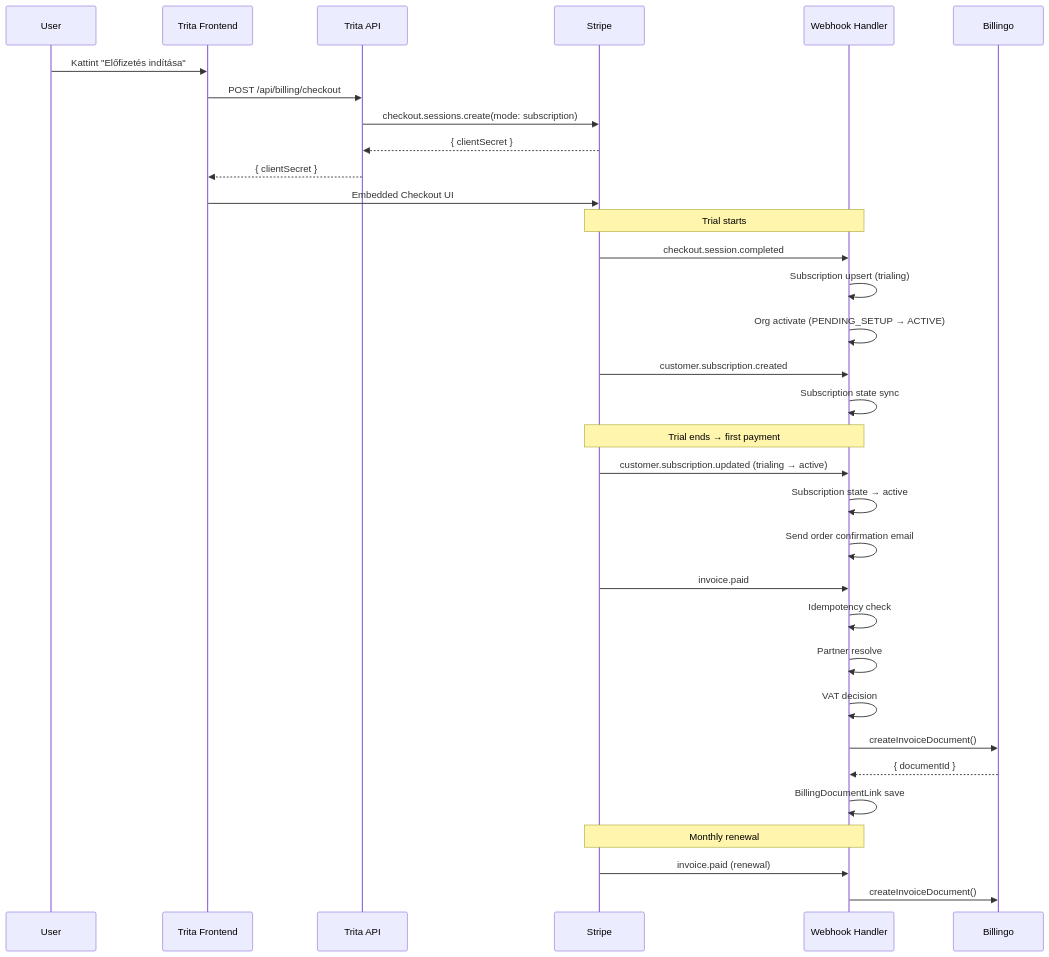
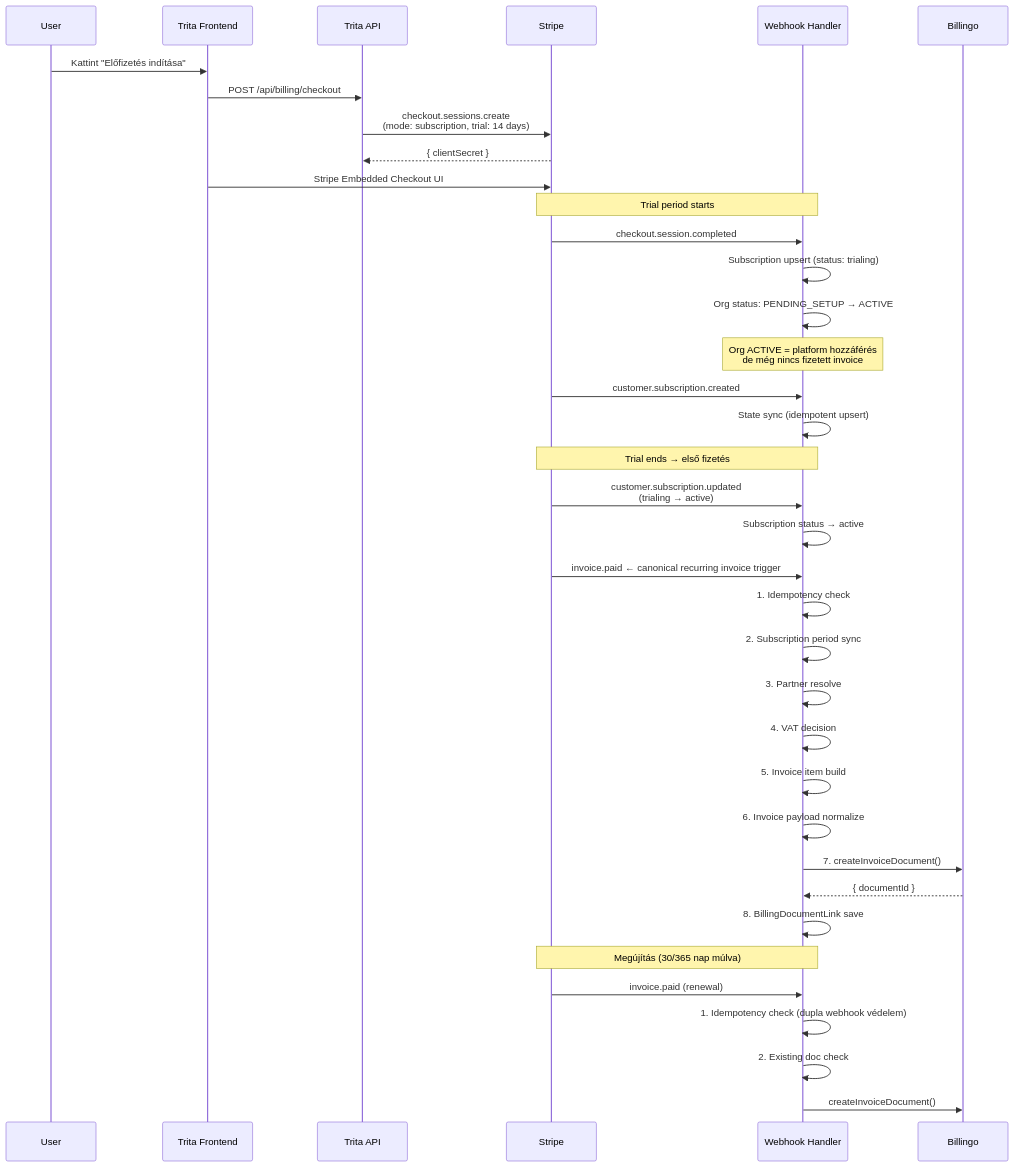
One commit to oknilik/trita_core changed the third of 8 diagrams in docs/architecture/billing-architecture-diagrams.md. Above: the diagram before and after it, drawn with Mermaid. The commit also changed other lines of this file, not shown here.

First line of the commit message:
docs: billing architecture diagrams v2 — review-based refinements

````diff
--- a/docs/architecture/billing-architecture-diagrams.md
+++ b/docs/architecture/billing-architecture-diagrams.md
@@ -155,41 +205,45 @@
 ```mermaid
 sequenceDiagram
     participant User
     participant Trita as Trita Frontend
     participant API as Trita API
     participant Stripe
     participant WH as Webhook Handler
     participant Billingo
 
     User->>Trita: Kattint "Előfizetés indítása"
     Trita->>API: POST /api/billing/checkout
-    API->>Stripe: checkout.sessions.create(mode: subscription)
+    API->>Stripe: checkout.sessions.create<br/>(mode: subscription, trial: 14 days)
     Stripe-->>API: { clientSecret }
-    API-->>Trita: { clientSecret }
-    Trita->>Stripe: Embedded Checkout UI
+    Trita->>Stripe: Stripe Embedded Checkout UI
 
-    Note over Stripe,WH: Trial starts
+    Note over Stripe,WH: Trial period starts
     Stripe->>WH: checkout.session.completed
-    WH->>WH: Subscription upsert (trialing)
-    WH->>WH: Org activate (PENDING_SETUP → ACTIVE)
+    WH->>WH: Subscription upsert (status: trialing)
+    WH->>WH: Org status: PENDING_SETUP → ACTIVE
+    Note over WH: Org ACTIVE = platform hozzáférés<br/>de még nincs fizetett invoice
 
     Stripe->>WH: customer.subscription.created
-    WH->>WH: Subscription state sync
+    WH->>WH: State sync (idempotent upsert)
 
-    Note over Stripe,WH: Trial ends → first payment
-    Stripe->>WH: customer.subscription.updated (trialing → active)
-    WH->>WH: Subscription state → active
-    WH->>WH: Send order confirmation email
+    Note over Stripe,WH: Trial ends → első fizetés
+    Stripe->>WH: customer.subscription.updated<br/>(trialing → active)
+    WH->>WH: Subscription status → active
 
-    Stripe->>WH: invoice.paid
-    WH->>WH: Idempotency check
-    WH->>WH: Partner resolve
-    WH->>WH: VAT decision
-    WH->>Billingo: createInvoiceDocument()
+    Stripe->>WH: invoice.paid ← canonical recurring invoice trigger
+    WH->>WH: 1. Idempotency check
+    WH->>WH: 2. Subscription period sync
+    WH->>WH: 3. Partner resolve
+    WH->>WH: 4. VAT decision
+    WH->>WH: 5. Invoice item build
+    WH->>WH: 6. Invoice payload normalize
+    WH->>Billingo: 7. createInvoiceDocument()
     Billingo-->>WH: { documentId }
-    WH->>WH: BillingDocumentLink save
+    WH->>WH: 8. BillingDocumentLink save
 
-    Note over Stripe,WH: Monthly renewal
+    Note over Stripe,WH: Megújítás (30/365 nap múlva)
     Stripe->>WH: invoice.paid (renewal)
+    WH->>WH: 1. Idempotency check (dupla webhook védelem)
+    WH->>WH: 2. Existing doc check
     WH->>Billingo: createInvoiceDocument()
 ```
````
